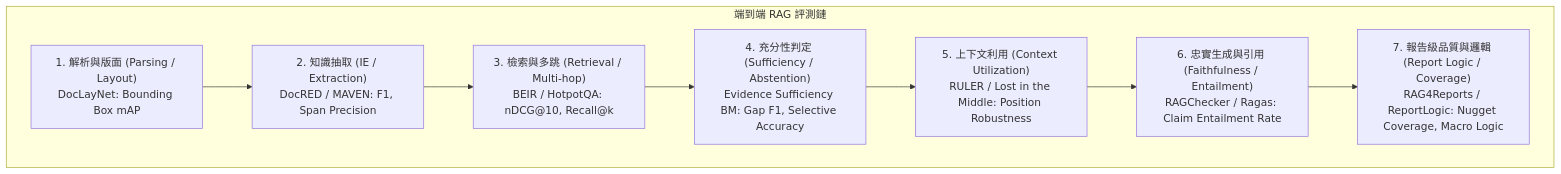
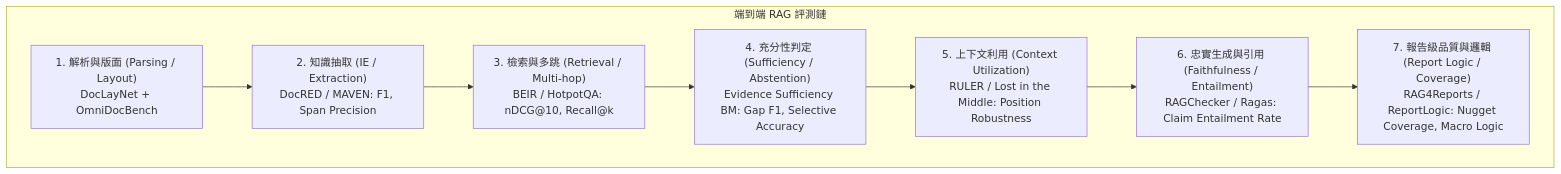
One commit to Cycl0n3-ga/RAG-survey changed the diagram in 00 - 導覽與心智圖 (Navigation & MOC)/RAG Benchmark Catalog.md. Above: the diagram before and after it, drawn with Mermaid. The commit also changed other lines of this file, not shown here.

Commit message:
docs(benchmarks): add OmniDocBench parsing benchmark

````diff
--- a/00 - 導覽與心智圖 (Navigation & MOC)/RAG Benchmark Catalog.md
+++ b/00 - 導覽與心智圖 (Navigation & MOC)/RAG Benchmark Catalog.md
@@ -64,11 +65,11 @@
 ```mermaid
 flowchart TD
     subgraph eval_chain["端到端 RAG 評測鏈"]
-        D1["1. 解析與版面 (Parsing / Layout)<br/>DocLayNet: Bounding Box mAP"] --> D2["2. 知識抽取 (IE / Extraction)<br/>DocRED / MAVEN: F1, Span Precision"]
+        D1["1. 解析與版面 (Parsing / Layout)<br/>DocLayNet + OmniDocBench"] --> D2["2. 知識抽取 (IE / Extraction)<br/>DocRED / MAVEN: F1, Span Precision"]
         D2 --> D3["3. 檢索與多跳 (Retrieval / Multi-hop)<br/>BEIR / HotpotQA: nDCG@10, Recall@k"]
         D3 --> D4["4. 充分性判定 (Sufficiency / Abstention)<br/>Evidence Sufficiency BM: Gap F1, Selective Accuracy"]
         D4 --> D5["5. 上下文利用 (Context Utilization)<br/>RULER / Lost in the Middle: Position Robustness"]
         D5 --> D6["6. 忠實生成與引用 (Faithfulness / Entailment)<br/>RAGChecker / Ragas: Claim Entailment Rate"]
         D6 --> D7["7. 報告級品質與邏輯 (Report Logic / Coverage)<br/>RAG4Reports / ReportLogic: Nugget Coverage, Macro Logic"]
     end
 ```
````
